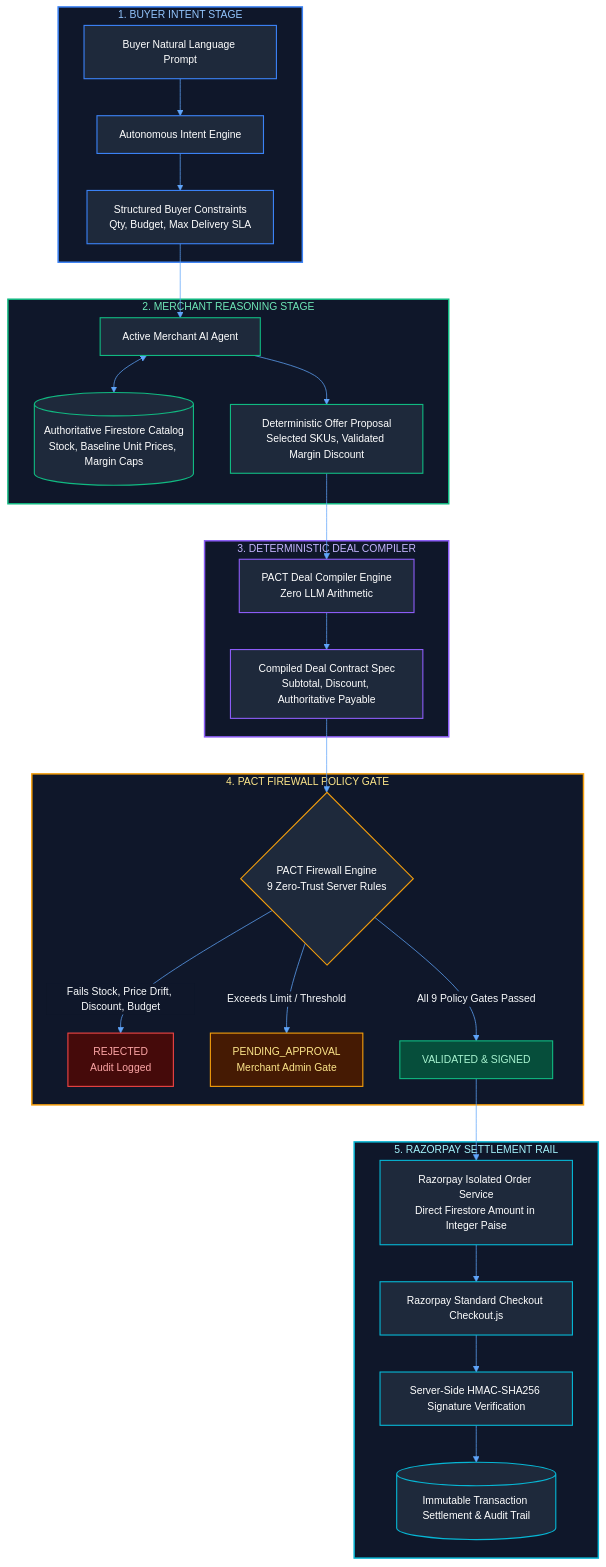
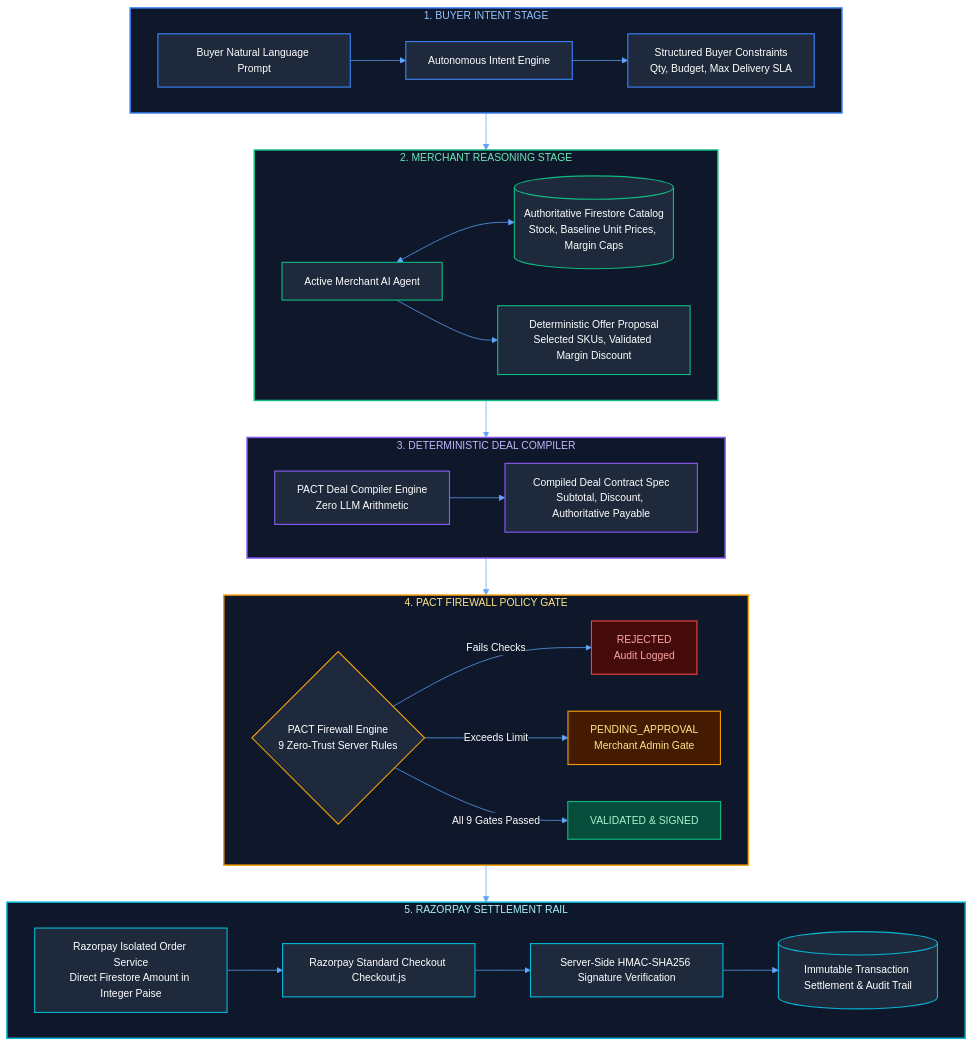
Before and after one commit to sushanth-arun/PACT-razorpay-buildathon: the first of 2 diagrams in README.md, drawn with Mermaid. The commit also changed other lines of this file, not shown here.

Commit message:
docs: align flowchart arrows cleanly and style sequence diagram note box to black with white text

````diff
--- a/README.md
+++ b/README.md
@@ -12,56 +12,73 @@
 ```mermaid
-%%{init: {'theme': 'base', 'themeVariables': { 'primaryColor': '#1e293b', 'primaryTextColor': '#f8fafc', 'primaryBorderColor': '#3b82f6', 'lineColor': '#60a5fa', 'secondaryColor': '#0f172a', 'tertiaryColor': '#1e1e2e', 'textColor': '#f8fafc', 'fontSize': '14px' }}}%%
+%%{init: {'theme': 'base', 'themeVariables': { 'primaryColor': '#1e293b', 'primaryTextColor': '#ffffff', 'primaryBorderColor': '#3b82f6', 'lineColor': '#60a5fa', 'secondaryColor': '#0f172a', 'tertiaryColor': '#1e1e2e', 'textColor': '#ffffff', 'fontSize': '14px' }}}%%
 flowchart TD
     subgraph Buyer_Layer["1. BUYER INTENT STAGE"]
         A["Buyer Natural Language Prompt"] --> B["Autonomous Intent Engine"]
         B --> C["Structured Buyer Constraints<br/>Qty, Budget, Max Delivery SLA"]
     end
 
     subgraph Merchant_Layer["2. MERCHANT REASONING STAGE"]
-        C --> D["Active Merchant AI Agent"]
-        D <--> E[("Authoritative Firestore Catalog<br/>Stock, Baseline Unit Prices, Margin Caps")]
-        D --> F["Deterministic Offer Proposal<br/>Selected SKUs, Validated Margin Discount"]
+        D["Active Merchant AI Agent"]
+        E[("Authoritative Firestore Catalog<br/>Stock, Baseline Unit Prices, Margin Caps")]
+        F["Deterministic Offer Proposal<br/>Selected SKUs, Validated Margin Discount"]
+        D <--> E
+        D --> F
     end
 
+    Buyer_Layer --> Merchant_Layer
+
     subgraph Compiler_Layer["3. DETERMINISTIC DEAL COMPILER"]
-        F --> G["PACT Deal Compiler Engine<br/>Zero LLM Arithmetic"]
-        G --> H["Compiled Deal Contract Spec<br/>Subtotal, Discount, Authoritative Payable"]
+        G["PACT Deal Compiler Engine<br/>Zero LLM Arithmetic"]
+        H["Compiled Deal Contract Spec<br/>Subtotal, Discount, Authoritative Payable"]
+        G --> H
     end
 
+    Merchant_Layer --> Compiler_Layer
+
     subgraph Firewall_Layer["4. PACT FIREWALL POLICY GATE"]
-        H --> I{"PACT Firewall Engine<br/>9 Zero-Trust Server Rules"}
-        I -->|Fails Stock, Price Drift, Discount, Budget| J["REJECTED<br/>Audit Logged"]
-        I -->|Exceeds Limit / Threshold| K["PENDING_APPROVAL<br/>Merchant Admin Gate"]
-        I -->|All 9 Policy Gates Passed| L["VALIDATED & SIGNED"]
+        I{"PACT Firewall Engine<br/>9 Zero-Trust Server Rules"}
+        J["REJECTED<br/>Audit Logged"]
+        K["PENDING_APPROVAL<br/>Merchant Admin Gate"]
+        L["VALIDATED & SIGNED"]
+        I -->|Fails Checks| J
+        I -->|Exceeds Limit| K
+        I -->|All 9 Gates Passed| L
     end
 
+    Compiler_Layer --> Firewall_Layer
+
     subgraph Settlement_Layer["5. RAZORPAY SETTLEMENT RAIL"]
-        L --> M["Razorpay Isolated Order Service<br/>Direct Firestore Amount in Integer Paise"]
-        M --> N["Razorpay Standard Checkout Checkout.js"]
-        N --> O["Server-Side HMAC-SHA256 Signature Verification"]
-        O --> P[("Immutable Transaction Settlement & Audit Trail")]
+        M["Razorpay Isolated Order Service<br/>Direct Firestore Amount in Integer Paise"]
+        N["Razorpay Standard Checkout Checkout.js"]
+        O["Server-Side HMAC-SHA256 Signature Verification"]
+        P[("Immutable Transaction Settlement & Audit Trail")]
+        M --> N
+        N --> O
+        O --> P
     end
+
+    Firewall_Layer --> Settlement_Layer
 
     style Buyer_Layer fill:#0f172a,stroke:#3b82f6,stroke-width:2px,color:#93c5fd
     style Merchant_Layer fill:#0f172a,stroke:#10b981,stroke-width:2px,color:#6ee7b7
     style Compiler_Layer fill:#0f172a,stroke:#8b5cf6,stroke-width:2px,color:#c4b5fd
     style Firewall_Layer fill:#0f172a,stroke:#f59e0b,stroke-width:2px,color:#fde68a
     style Settlement_Layer fill:#0f172a,stroke:#06b6d4,stroke-width:2px,color:#a5f3fc
 
     style A fill:#1e293b,stroke:#3b82f6,stroke-width:1.5px,color:#ffffff
     style B fill:#1e293b,stroke:#3b82f6,stroke-width:1.5px,color:#ffffff
     style C fill:#1e293b,stroke:#3b82f6,stroke-width:1.5px,color:#ffffff
     style D fill:#1e293b,stroke:#10b981,stroke-width:1.5px,color:#ffffff
     style E fill:#1e293b,stroke:#10b981,stroke-width:1.5px,color:#ffffff
     style F fill:#1e293b,stroke:#10b981,stroke-width:1.5px,color:#ffffff
     style G fill:#1e293b,stroke:#8b5cf6,stroke-width:1.5px,color:#ffffff
     style H fill:#1e293b,stroke:#8b5cf6,stroke-width:1.5px,color:#ffffff
     style I fill:#1e293b,stroke:#f59e0b,stroke-width:1.5px,color:#ffffff
     style J fill:#450a0a,stroke:#ef4444,stroke-width:1.5px,color:#fca5a5
     style K fill:#451a03,stroke:#f59e0b,stroke-width:1.5px,color:#fde68a
     style L fill:#064e3b,stroke:#10b981,stroke-width:1.5px,color:#a7f3d0
     style M fill:#1e293b,stroke:#06b6d4,stroke-width:1.5px,color:#ffffff
     style N fill:#1e293b,stroke:#06b6d4,stroke-width:1.5px,color:#ffffff
     style O fill:#1e293b,stroke:#06b6d4,stroke-width:1.5px,color:#ffffff
     style P fill:#1e293b,stroke:#06b6d4,stroke-width:1.5px,color:#ffffff
 ```
````
